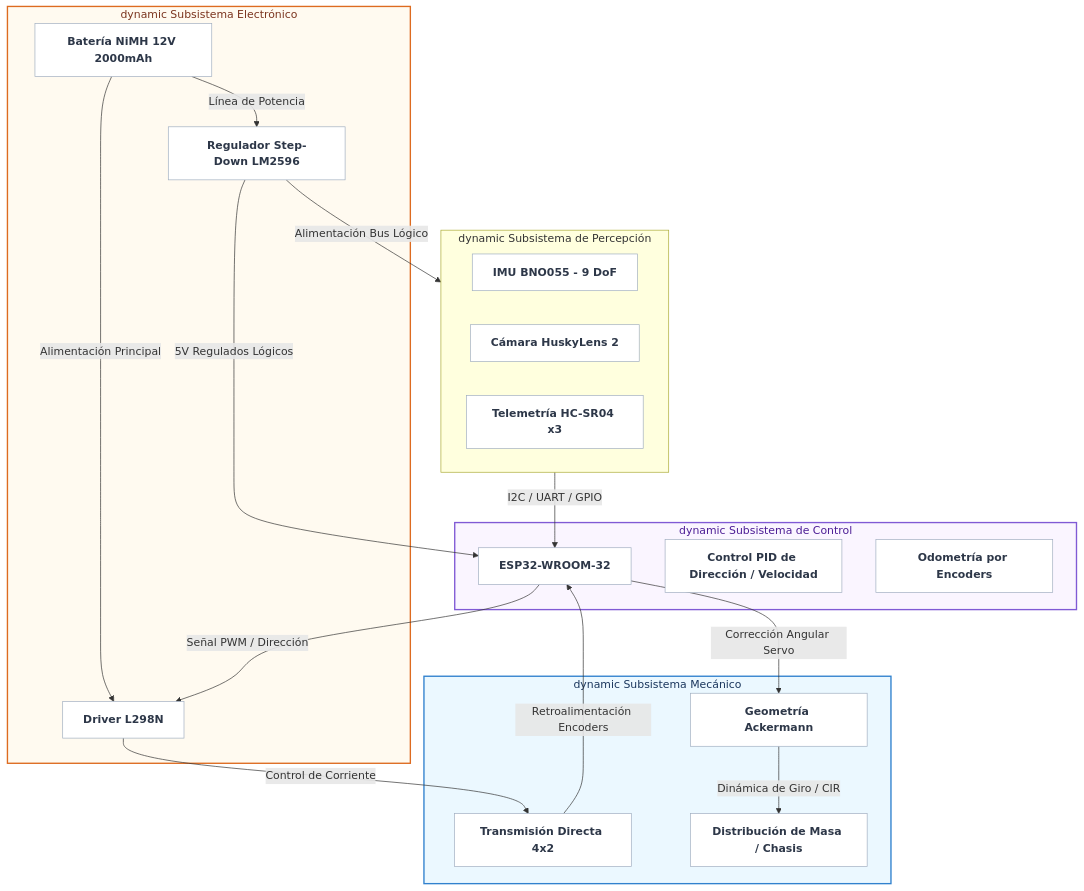
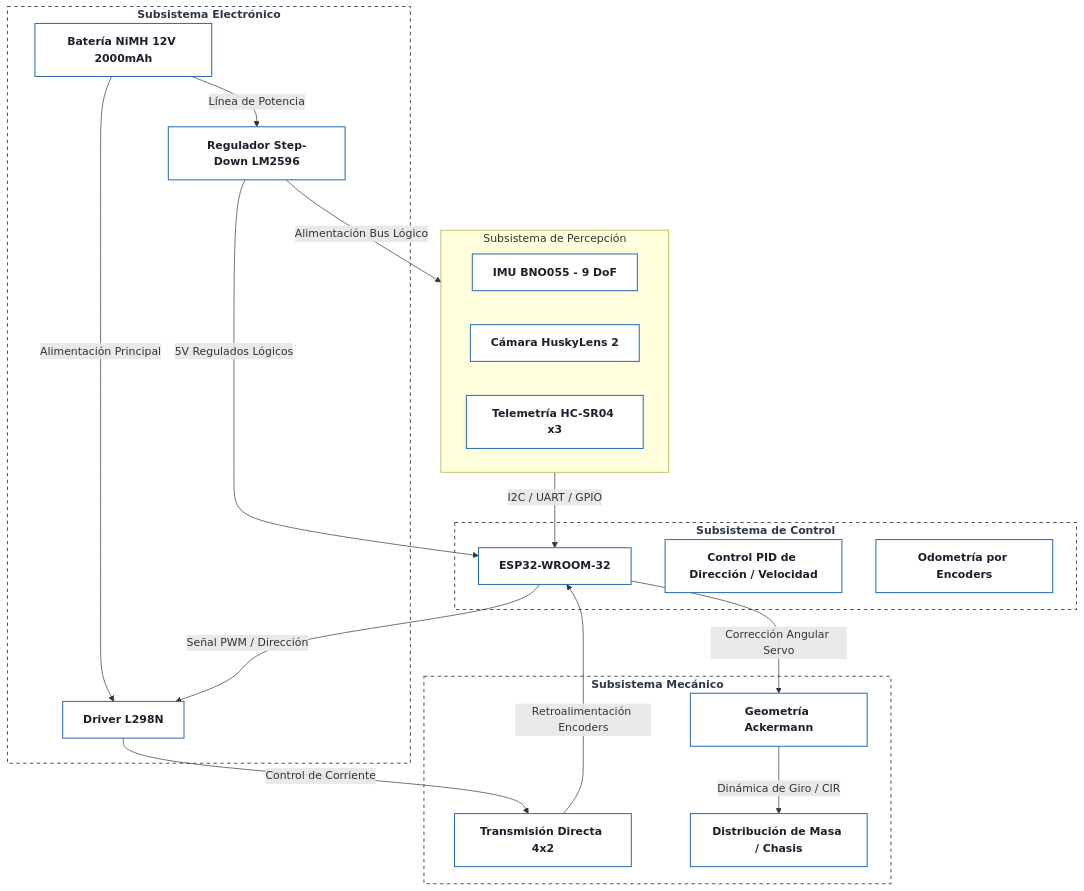
The ninth of 10 diagrams in README.md (yosoycrix/Valrepo-WRO-2026), drawn with Mermaid before and after one commit. The commit also changed other lines of this file, not shown here.

````diff
--- a/README.md
+++ b/README.md
@@ -3890,54 +3888,48 @@
 ```mermaid
 graph TD
-    %% Estilos Visuales
-    classDef mec fill:#ebf8ff,stroke:#3182ce,stroke-width:2px,color:#1a365d;
-    classDef elec fill:#fffaf0,stroke:#dd6b20,stroke-width:2px,color:#7b341e;
-    classDef sens fill:#f0fff4,stroke:#38a169,stroke-width:2px,color:#22543d;
-    classDef soft fill:#faf5ff,stroke:#805ad5,stroke-width:2px,color:#4c1d95;
-    classDef nodeStyle fill:#ffffff,stroke:#a0aec0,stroke-width:1px,color:#2d3748,font-weight:bold;
+    %% Estilo Transparente / Neutro sin fondo
+    classDef noBg fill:none,stroke:#4a5568,stroke-width:1.5px,stroke-dasharray: 5 5,color:#2d3748,font-weight:bold;
+    classDef nodeStyle fill:#ffffff,stroke:#2b6cb0,stroke-width:1.5px,color:#1a202c,font-weight:bold;
 
     %% Subsistemas
-    subgraph Mecanica [" dynamic Subsistema Mecánico "]
+    subgraph Mecanica ["Subsistema Mecánico"]
         A1[Geometría Ackermann]:::nodeStyle
         A2[Transmisión Directa 4x2]:::nodeStyle
         A3[Distribución de Masa / Chasis]:::nodeStyle
     end
 
-    subgraph Electronica [" dynamic Subsistema Electrónico "]
+    subgraph Electronica ["Subsistema Electrónico"]
         B1[Batería NiMH 12V 2000mAh]:::nodeStyle
         B2[Regulador Step-Down LM2596]:::nodeStyle
         B3[Driver L298N]:::nodeStyle
     end
 
-    subgraph Sensórica [" dynamic Subsistema de Percepción "]
+    subgraph Sensórica ["Subsistema de Percepción"]
         C1[IMU BNO055 - 9 DoF]:::nodeStyle
         C2[Cámara HuskyLens 2]:::nodeStyle
         C3[Telemetría HC-SR04 x3]:::nodeStyle
     end
 
-    subgraph Software [" dynamic Subsistema de Control "]
+    subgraph Software ["Subsistema de Control"]
         D1[ESP32-WROOM-32]:::nodeStyle
         D2[Control PID de Dirección / Velocidad]:::nodeStyle
         D3[Odometría por Encoders]:::nodeStyle
     end
 
-    %% Aplicación de Estilos a Subgrafos
-    class Mecanica mec;
-    class Electronica elec;
-    class Sensórica sens;
-    class Software soft;
+    %% Aplicación de Fondo Transparente a los Subgrafos
+    class Mecanica,Electronica,Sensórica,Software noBg;
 
     %% Relaciones Cruzadas
     B1 -->|Alimentación Principal| B3
     B1 -->|Línea de Potencia| B2
     B2 -->|5V Regulados Lógicos| D1
     B2 -->|Alimentación Bus Lógico| Sensórica
     
     D1 -->|Señal PWM / Dirección| B3
     B3 -->|Control de Corriente| A2
     A2 -->|Retroalimentación Encoders| D1
     
     Sensórica -->|I2C / UART / GPIO| D1
     D1 -->|Corrección Angular Servo| A1
     A1 -->|Dinámica de Giro / CIR| A3
 ```
````
